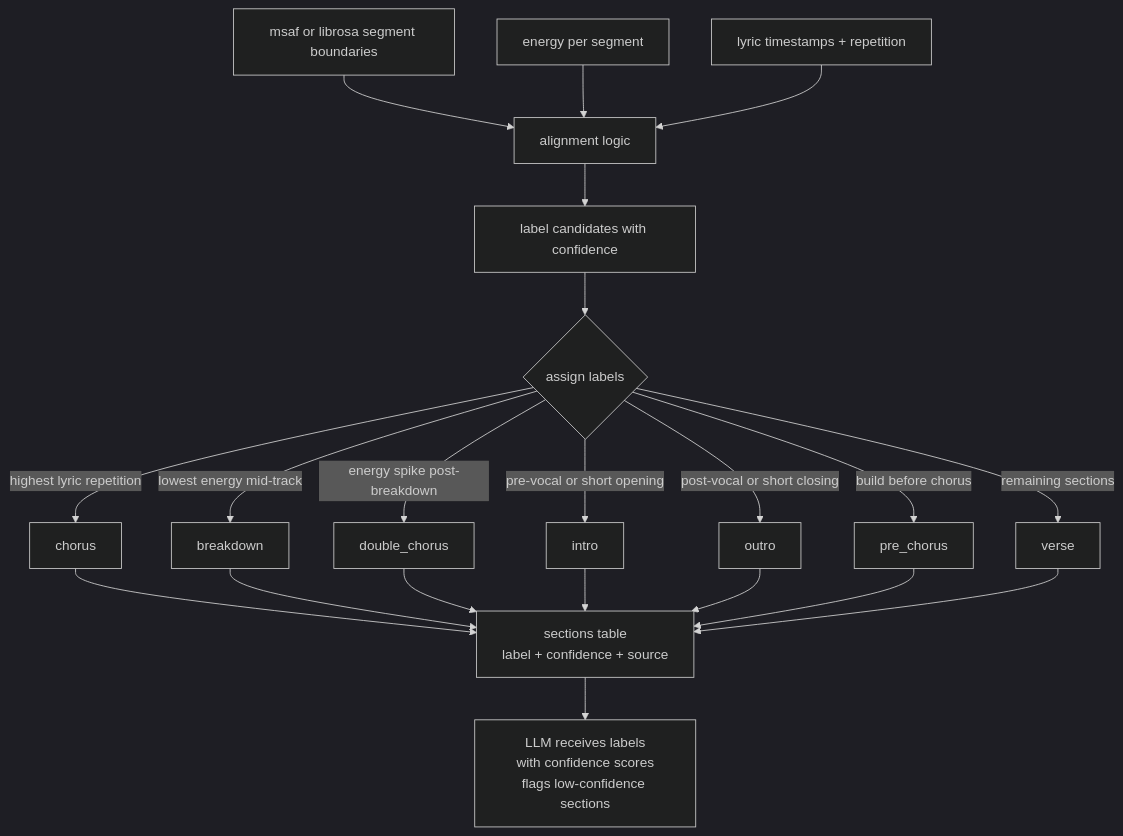
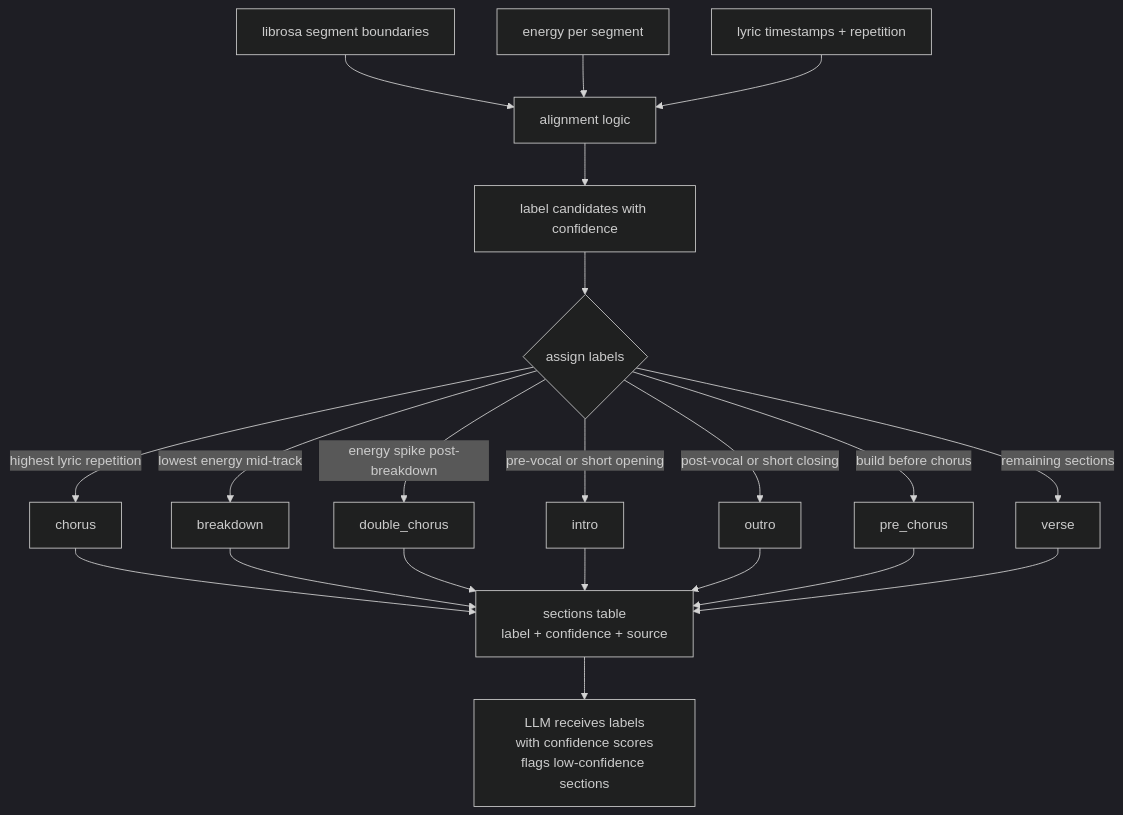
Before and after one commit to Macavitymadcap/klf-manual-analyser: the fourth of 6 diagrams in docs/DESIGN.md, drawn with Mermaid (dark theme). The commit also changed other lines of this file and 3 other files, not shown here.

````diff
--- a/docs/DESIGN.md
+++ b/docs/DESIGN.md
@@ -312,17 +294,17 @@
 ```mermaid
 flowchart TD
-    A[msaf or librosa segment boundaries] --> D[alignment logic]
+    A[librosa segment boundaries] --> D[alignment logic]
     B[energy per segment] --> D
     C[lyric timestamps + repetition] --> D
     D --> E[label candidates with confidence]
     E --> F{assign labels}
     F -->|highest lyric repetition| G[chorus]
     F -->|lowest energy mid-track| H[breakdown]
     F -->|energy spike post-breakdown| I[double_chorus]
     F -->|pre-vocal or short opening| J[intro]
     F -->|post-vocal or short closing| K[outro]
     F -->|build before chorus| L[pre_chorus]
     F -->|remaining sections| M[verse]
     G & H & I & J & K & L & M --> N[sections table\nlabel + confidence + source]
     N --> O[LLM receives labels\nwith confidence scores\nflags low-confidence sections]
 ```
````
